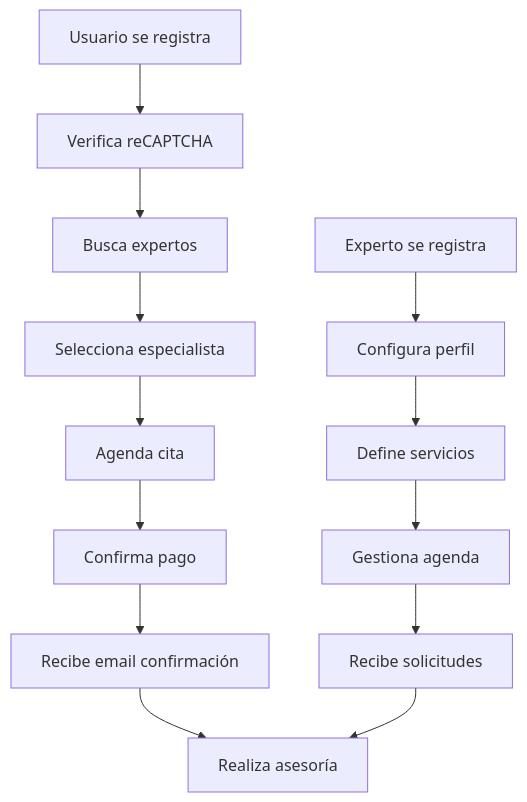
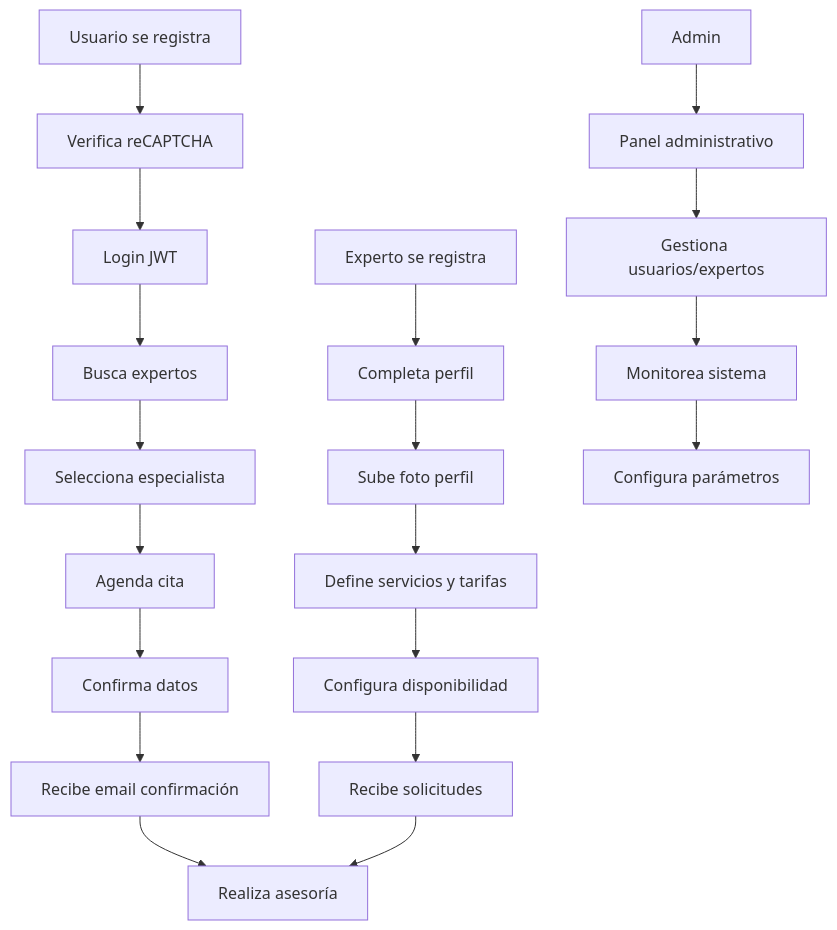
The diagram in README.md (DianaJJ0/servitech), drawn with Mermaid before and after one commit. The commit also changed other lines of this file and 32 other files, not shown here.

````diff
--- a/README.md
+++ b/README.md
@@ -145,16 +316,23 @@
 ```mermaid
 graph TD
     A[Usuario se registra] --> B[Verifica reCAPTCHA]
-    B --> C[Busca expertos]
-    C --> D[Selecciona especialista]
-    D --> E[Agenda cita]
-    E --> F[Confirma pago]
-    F --> G[Recibe email confirmación]
-    G --> H[Realiza asesoría]
+    B --> C[Login JWT]
+    C --> D[Busca expertos]
+    D --> E[Selecciona especialista]
+    E --> F[Agenda cita]
+    F --> G[Confirma datos]
+    G --> H[Recibe email confirmación]
+    H --> I[Realiza asesoría]
 
-    I[Experto se registra] --> J[Configura perfil]
-    J --> K[Define servicios]
-    K --> L[Gestiona agenda]
-    L --> M[Recibe solicitudes]
-    M --> H
+    J[Experto se registra] --> K[Completa perfil]
+    K --> L[Sube foto perfil]
+    L --> M[Define servicios y tarifas]
+    M --> N[Configura disponibilidad]
+    N --> O[Recibe solicitudes]
+    O --> I[Realiza asesoría]
+
+    P[Admin] --> Q[Panel administrativo]
+    Q --> R[Gestiona usuarios/expertos]
+    R --> S[Monitorea sistema]
+    S --> T[Configura parámetros]
 ```
````
